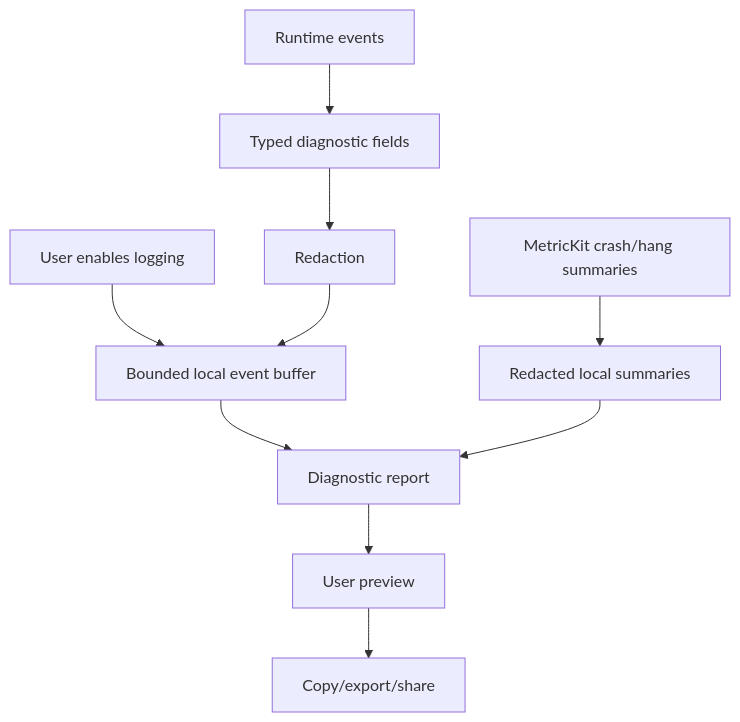
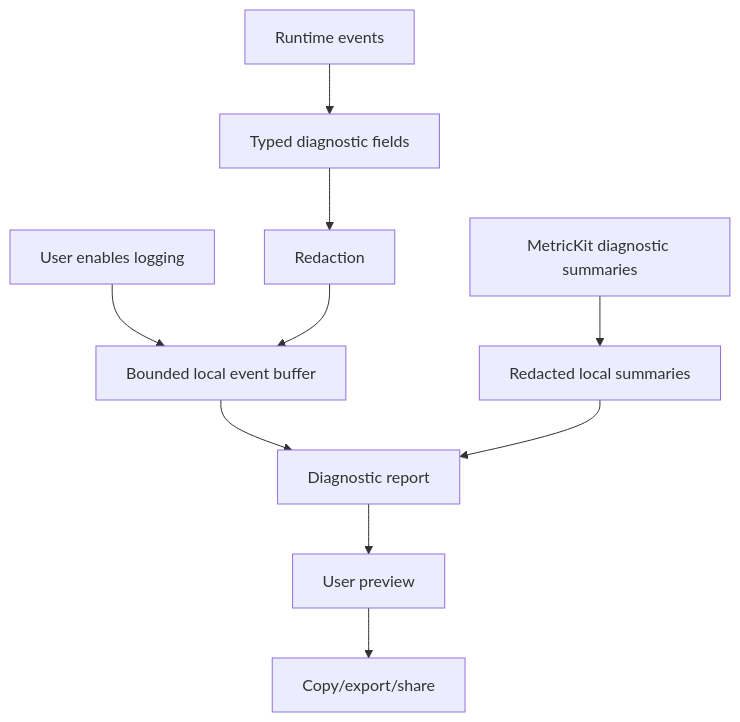
One commit to jlipworth/Labstream changed the diagram in docs/DIAGNOSTICS-PRIVACY.md. Above: the diagram before and after it, drawn with Mermaid. The commit also changed other lines of this file and 21 other files, not shown here.

````diff
--- a/docs/DIAGNOSTICS-PRIVACY.md
+++ b/docs/DIAGNOSTICS-PRIVACY.md
@@ -5,12 +5,12 @@
 ```mermaid
 flowchart TD
   Toggle[User enables logging] --> Ring[Bounded local event buffer]
   Runtime[Runtime events] --> Fields[Typed diagnostic fields]
   Fields --> Redactor[Redaction]
   Redactor --> Ring
-  MetricKit[MetricKit crash/hang summaries] --> MXRedact[Redacted local summaries]
+  MetricKit[MetricKit diagnostic summaries] --> MXRedact[Redacted local summaries]
   Ring --> Report[Diagnostic report]
   MXRedact --> Report
   Report --> Preview[User preview]
   Preview --> Copy[Copy/export/share]
 ```
````
